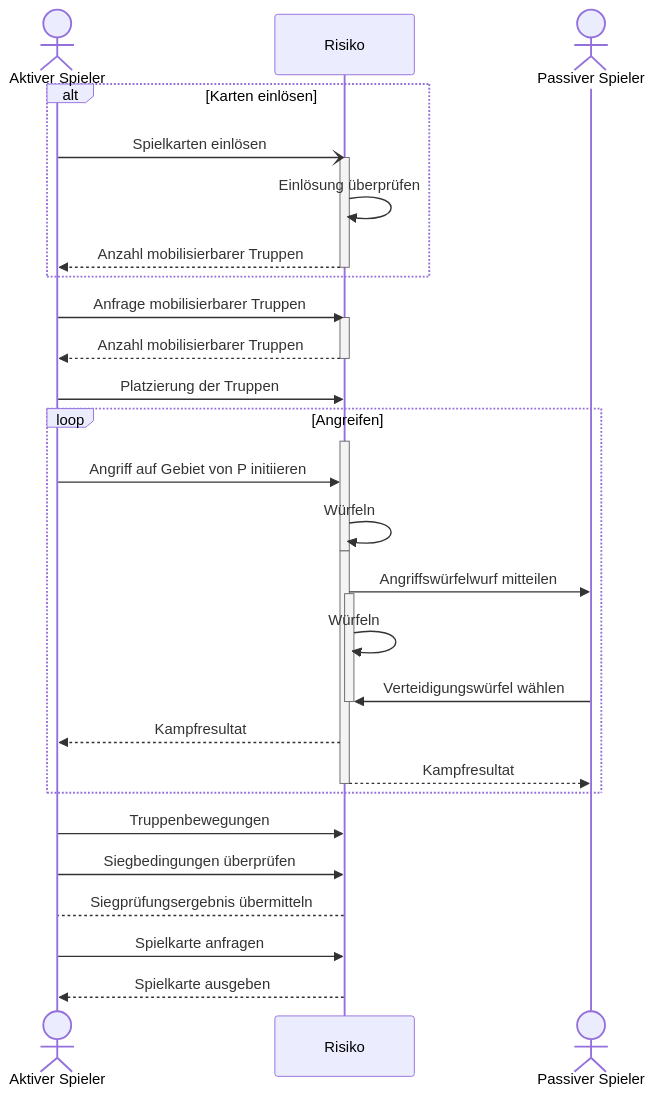
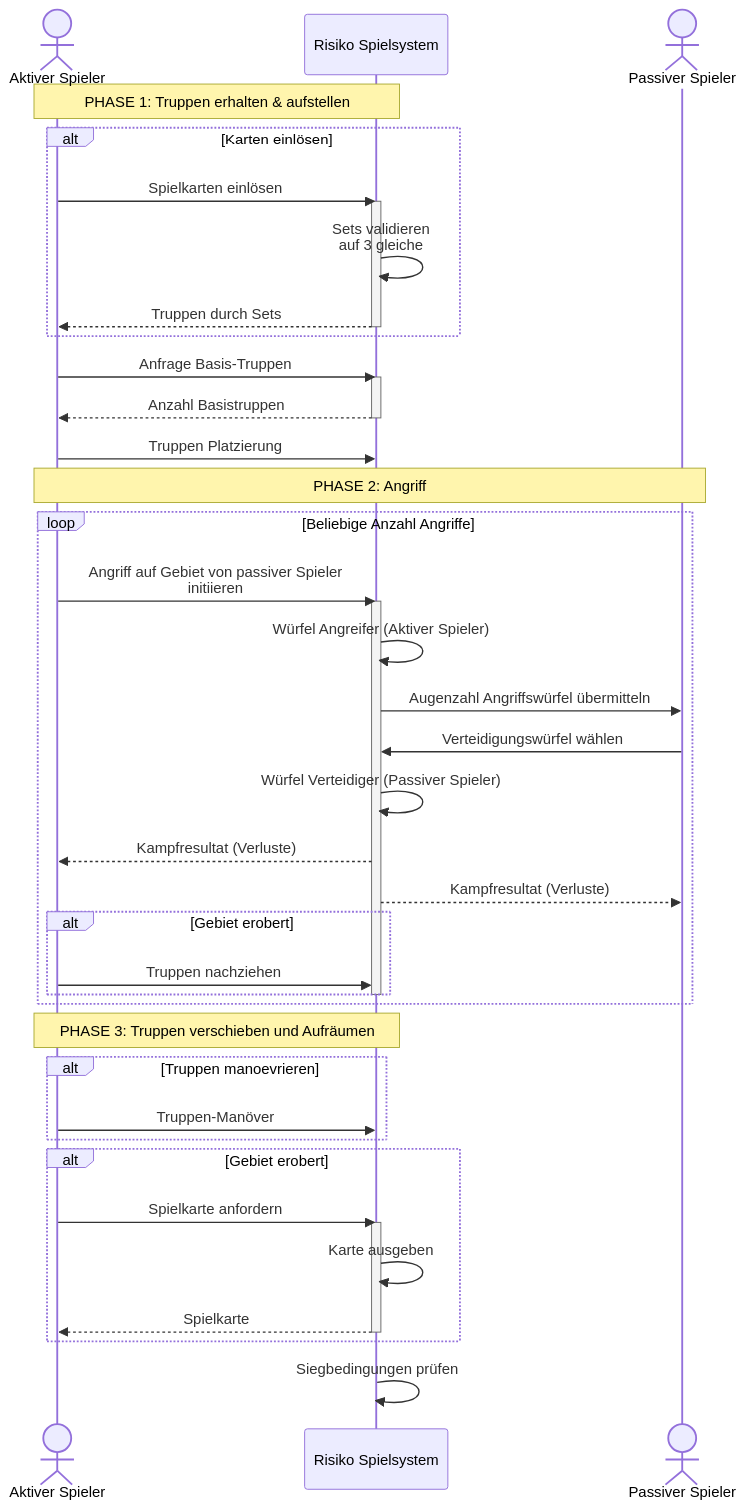
Before and after one commit to Raqhael/risiko-engineering: the diagram in SEQUENCEDIAGRAMM.md, drawn with Mermaid.

Commit message:
Visibility optimized with notes and logic improvements

````diff
--- a/SEQUENCEDIAGRAMM.md
+++ b/SEQUENCEDIAGRAMM.md
@@ -5,46 +5,62 @@
 ```mermaid
 sequenceDiagram
-        actor A as Aktiver Spieler
-        participant R as Risiko
-        actor P as Passiver Spieler
+    actor A as Aktiver Spieler
+    participant R as Risiko Spielsystem
+    actor P as Passiver Spieler
+    
+%% Truppen erhalten & aufstellen
+    Note over A,R: PHASE 1: Truppen erhalten & aufstellen
+    alt Karten einlösen
+        A->>R: Spielkarten einlösen
+        activate R
+        R->>R: Sets validieren <br> auf 3 gleiche
+        R-->>A: Truppen durch Sets
+        deactivate R
+    end
 
-        alt Karten einlösen
-        A-)R: Spielkarten einlösen
+    A->>R: Anfrage Basis-Truppen
+    activate R
+    R-->>A: Anzahl Basistruppen
+    deactivate R
+
+    A->>R: Truppen Platzierung
+
+
+%%Angreifen auf Gebiet von passiever Spiel
+    Note over A,P: PHASE 2: Angriff
+    loop Beliebige Anzahl Angriffe
+        A->>R: Angriff auf Gebiet von passiver Spieler <br> initiieren
         activate R
-        R->>R: Einlösung überprüfen
-        R-->>A: Anzahl mobilisierbarer Truppen
-        deactivate R
-        end
-        A->>R: Anfrage mobilisierbarer Truppen
-        activate R
-        R-->>A: Anzahl mobilisierbarer Truppen
-        deactivate R
-        A->>R: Platzierung der Truppen
 
-        %%Kampfphase
-        loop Angreifen
-        activate R
-        A->>R: Angriff auf Gebiet von P initiieren
+        R->>R: Würfel Angreifer (Aktiver Spieler)
+        R->>P: Augenzahl Angriffswürfel übermitteln
+        P->>R: Verteidigungswürfel wählen
+        R->>R: Würfel Verteidiger (Passiver Spieler)
 
-        R->>R: Würfeln
-        deactivate R
-        activate R
-        R->>P: Angriffswürfelwurf mitteilen
 
-        activate R
-        R->>R: Würfeln
-        P->>R: Verteidigungswürfel wählen
-        deactivate R
-        R-->>A: Kampfresultat
-        R-->>P: Kampfresultat
-        deactivate R
+
+        R-->>A: Kampfresultat (Verluste)
+        R-->>P: Kampfresultat (Verluste)
+
+        alt Gebiet erobert
+            A->>R: Truppen nachziehen
         end
 
+        deactivate R
+    end
 
-        %% Aufräumphase
-        A->>R: Truppenbewegungen
-        A->>R: Siegbedingungen überprüfen
-        R-->A: Siegprüfungsergebnis übermitteln
-        A->>R: Spielkarte anfragen
-        R-->>A: Spielkarte ausgeben
+%%Truppen verschieben und Aufräumen
+    Note over A,R: PHASE 3: Truppen verschieben und Aufräumen
+    alt Truppen manoevrieren
+        A->>R: Truppen-Manöver
+    end
+    alt Gebiet erobert
+        A->>R: Spielkarte anfordern
+        activate R
+        R->>R: Karte ausgeben
+        R-->>A: Spielkarte
+        deactivate R
+    end
+
+    R->>R: Siegbedingungen prüfen
 ```
````
